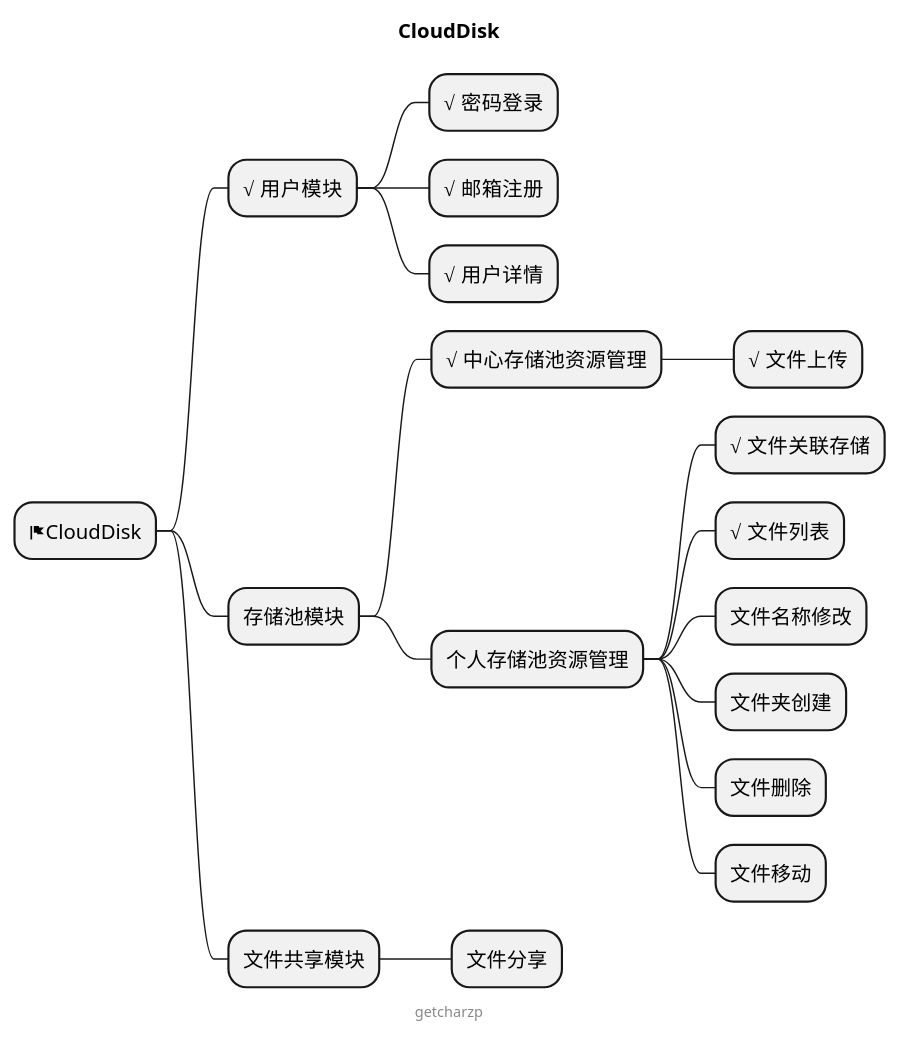
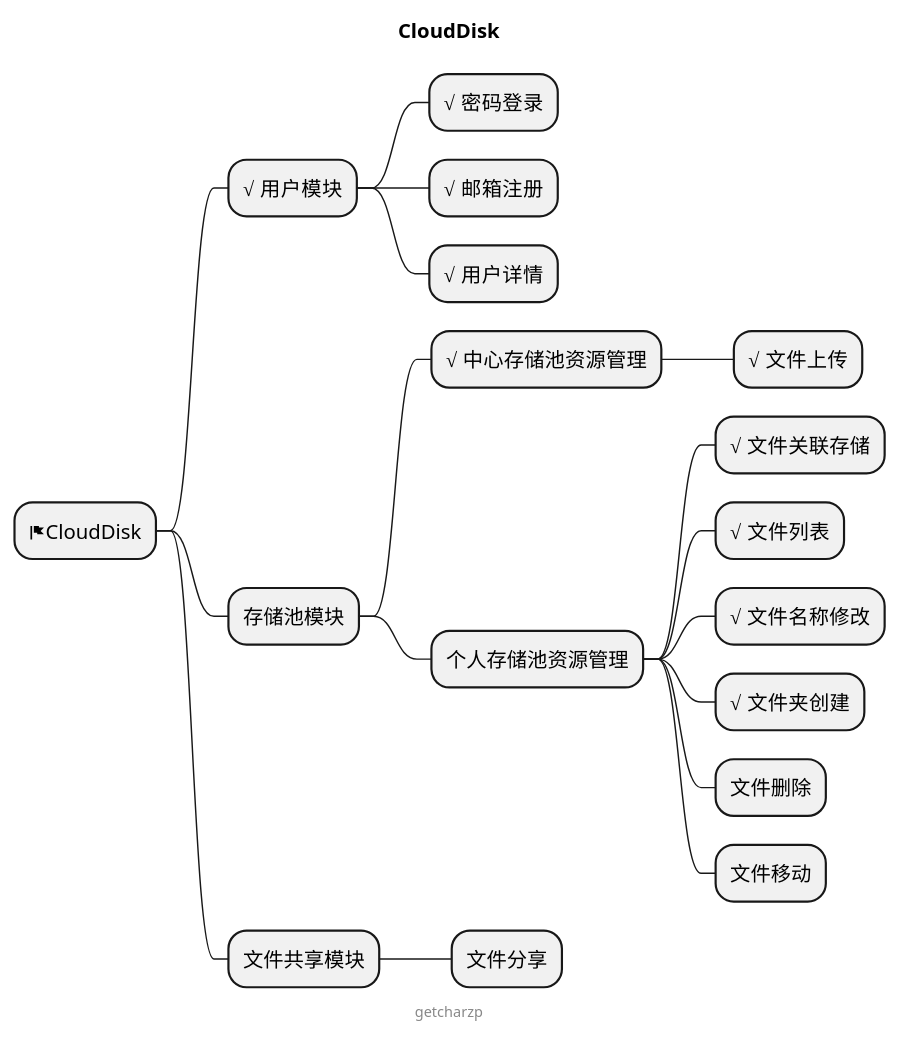
Before and after one commit to GetcharZp/cloud-disk: the diagram in MIND.puml, drawn with PlantUML. The commit also changed 6 other files, not shown here.

```diff
--- a/MIND.puml
+++ b/MIND.puml
@@ -1,25 +1,25 @@
 @startmindmap
 
 title CloudDisk
 
 * <&flag>CloudDisk
 ** √ 用户模块
 *** √ 密码登录
 *** √ 邮箱注册
 *** √ 用户详情
 ** 存储池模块
 *** √ 中心存储池资源管理
 **** √ 文件上传
 *** 个人存储池资源管理
 **** √ 文件关联存储
 **** √ 文件列表
-**** 文件名称修改
-**** 文件夹创建
+**** √ 文件名称修改
+**** √ 文件夹创建
 **** 文件删除
 **** 文件移动
 ** 文件共享模块
 *** 文件分享
 
 center footer getcharzp
 
 @endmindmap
```
